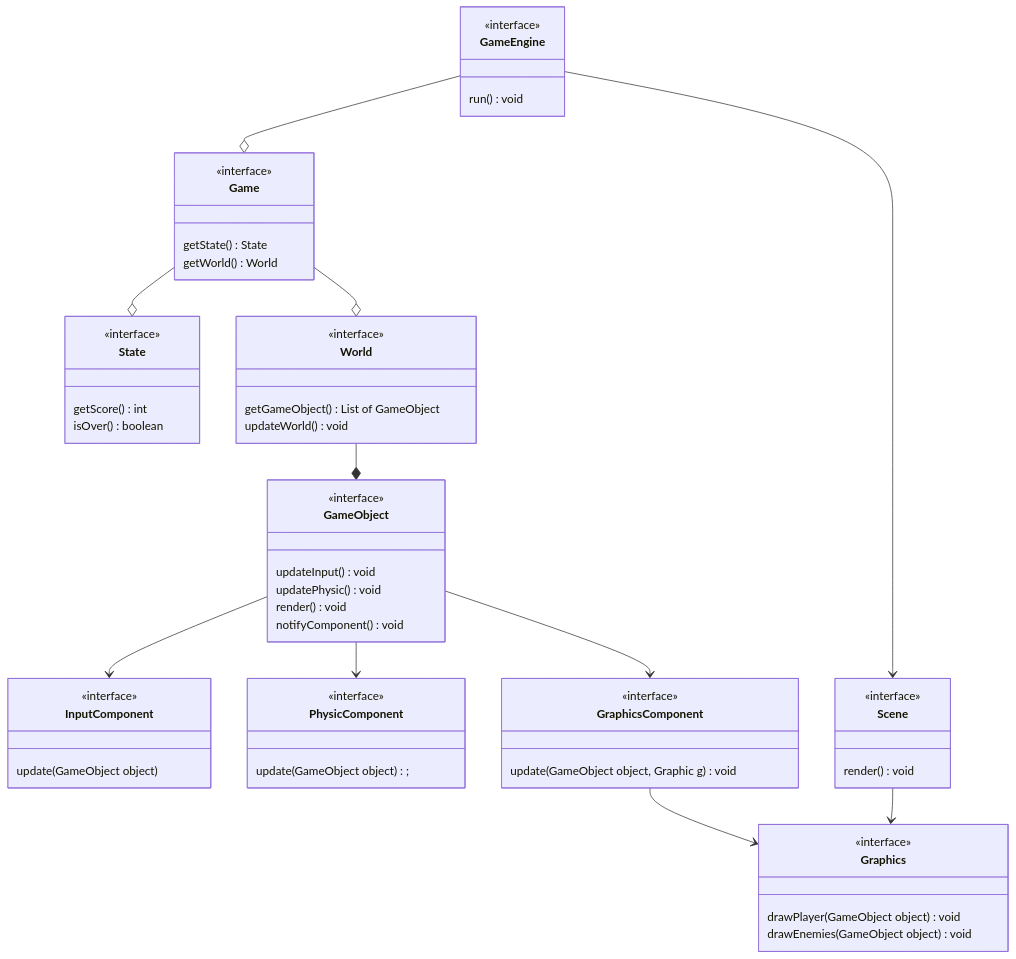
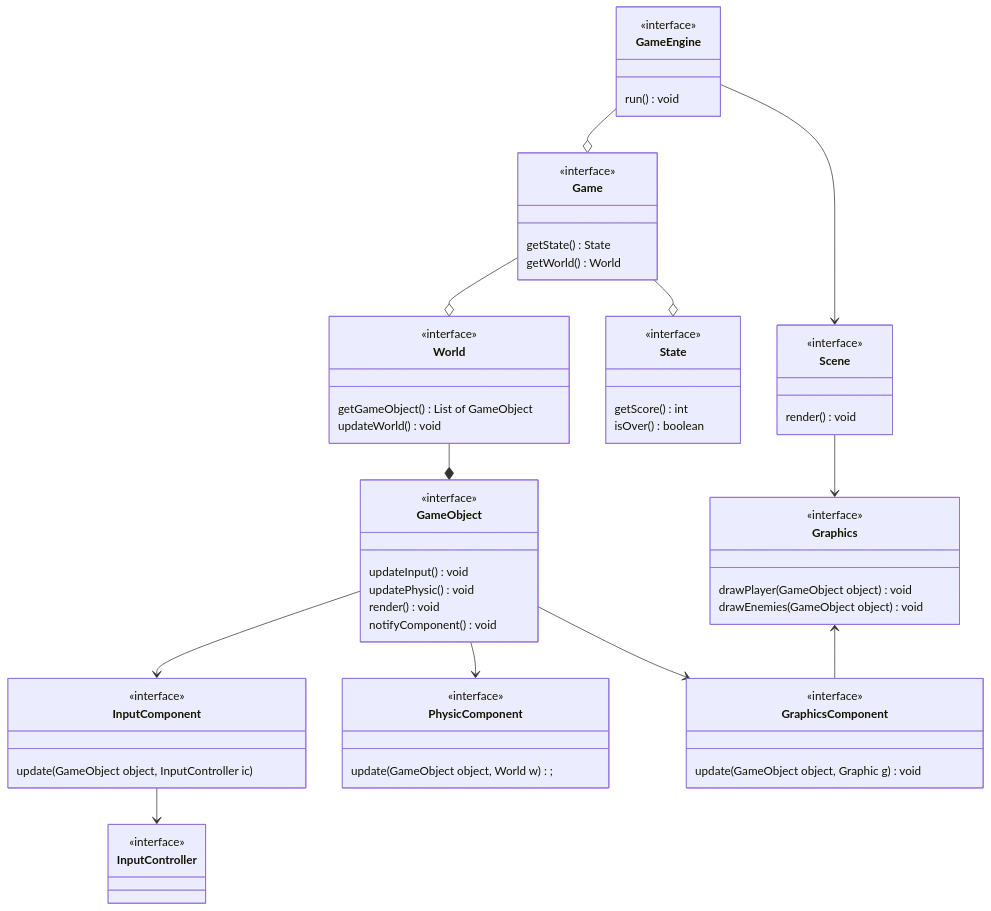
One commit to nicolodaddabbo/OOP22-t2s-game changed the diagram in report/diagram/SoftwareArchtectureUML.md. Above: the diagram before and after it, drawn with Mermaid.

Commit message:
[REPORT] Modified SoftwareArchitectureUML.md: Added InputController

````diff
--- a/report/diagram/SoftwareArchtectureUML.md
+++ b/report/diagram/SoftwareArchtectureUML.md
@@ -1,77 +1,82 @@
 ```mermaid
 classDiagram
 
 GameEngine --o Game 
 GameEngine --> Scene
 Game --o  State
 Game --o World
 World --* GameObject
 GameObject --> InputComponent
 GameObject --> PhysicComponent
 GameObject --> GraphicsComponent
+InputComponent --> InputController
 Scene --> Graphics
-GraphicsComponent --> Graphics
+Graphics <-- GraphicsComponent
 
 %% Rapresenting the MVC's "Model"
 %% Every thing in the model is a GameObject
 class GameObject{
     <<interface>>
     updateInput() void
     updatePhysic() void
     render() void
     notifyComponent() void
 }
 %%
 class InputComponent{
     <<interface>>
-    update(GameObject object)
+    update(GameObject object, InputController ic)
 }
 %%
 class PhysicComponent{
     <<interface>>
-    update(GameObject object);
+    update(GameObject object, World w);
 }
 %%
 class GraphicsComponent{
     <<interface>>
     update(GameObject object, Graphic g) void
+}
+%%
+class InputController{
+    <<interface>>
 }
 %%
 %% Rapresenting the MVC's "Controller"
 class GameEngine{
     <<interface>>
     run() void
 }
 %% Rapresenting the current game of the player
 class Game{
     <<interface>>
     getState() State
     getWorld() World
 }
 %% State of a Game
 class State{
     <<interface>>
     getScore() int
     isOver() boolean
 }
 %% Basically a "Container" for all GameObjects
 class World{
     <<interface>>
     getGameObject() List of GameObject
     updateWorld() void
 }
 %% Rapresenting the MVC's "View" 
 class Scene{
     <<interface>>
     render() void
 }
 %% 
 class Graphics{
     <<interface>>
     drawPlayer(GameObject object) void
     drawEnemies(GameObject object) void
 }
 %% 
 
 
 ```
````
